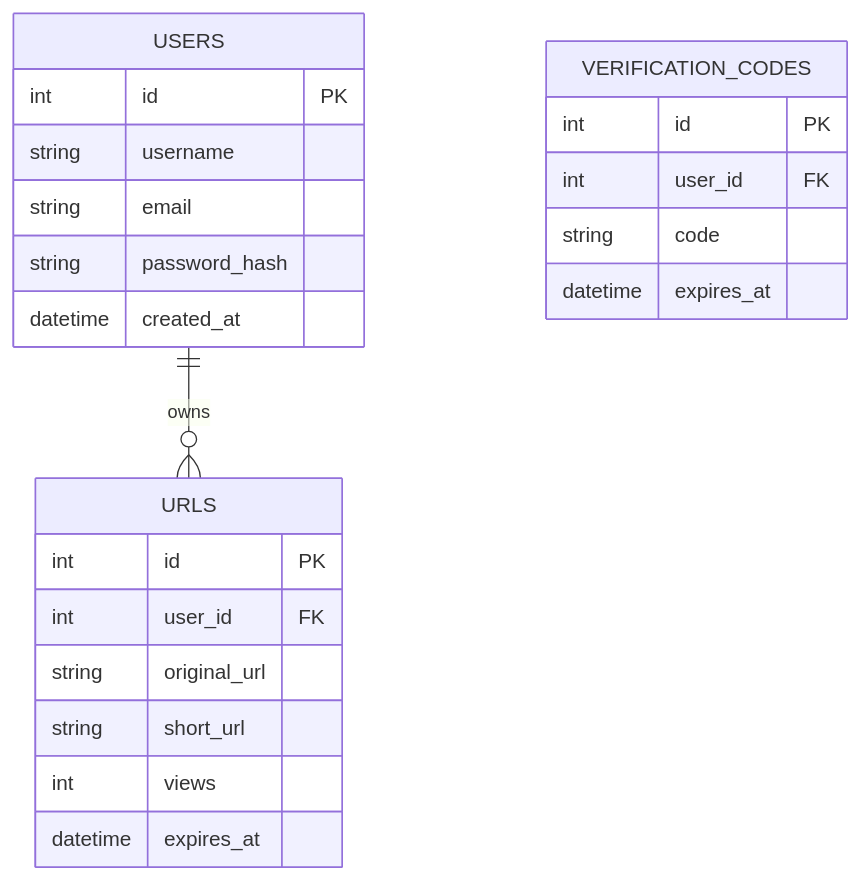
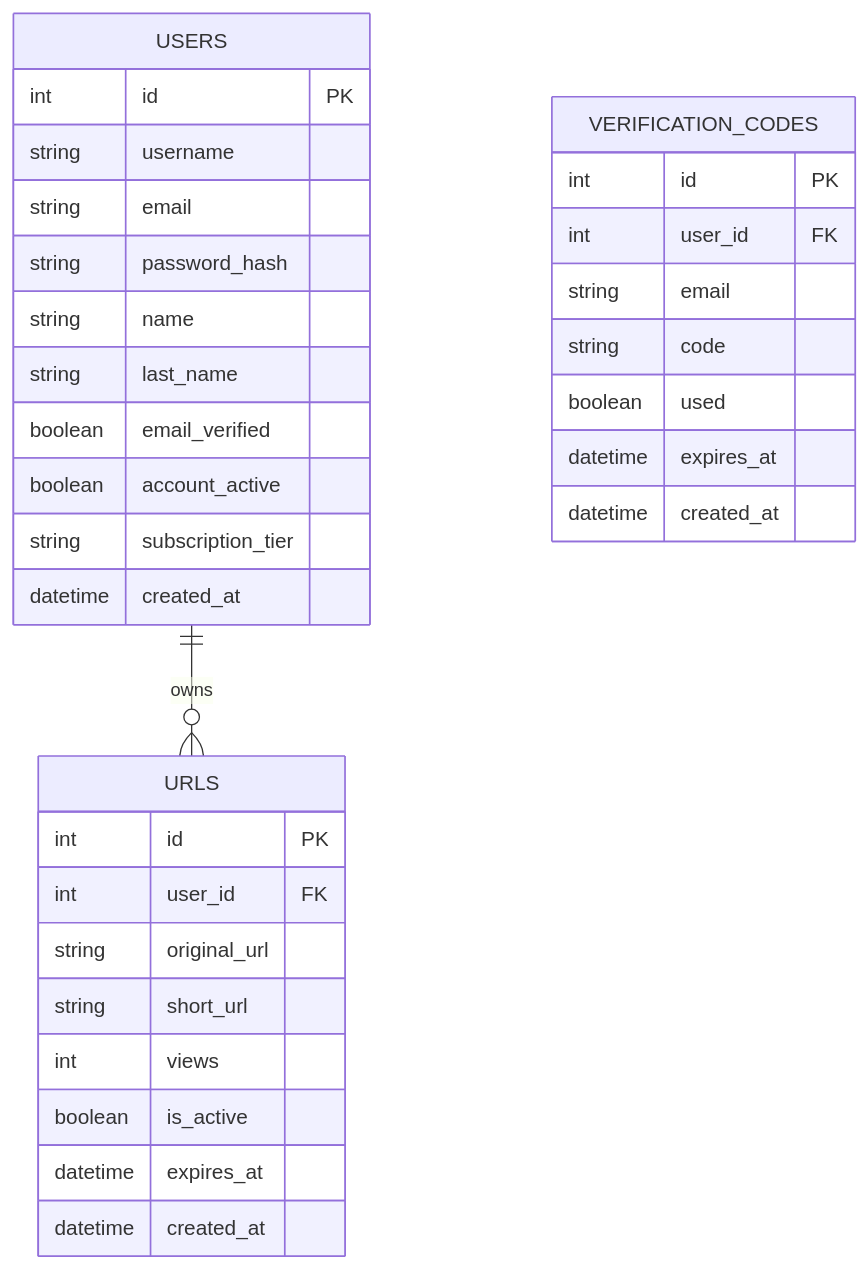
The diagram in docs/ARCHITECTURE.md (Joel-RD/erdl-backend), drawn with Mermaid before and after one commit. The commit also changed other lines of this file and 31 other files, not shown here.

````diff
--- a/docs/ARCHITECTURE.md
+++ b/docs/ARCHITECTURE.md
@@ -39,25 +45,35 @@
 ```mermaid
 erDiagram
     USERS ||--o{ URLS : "owns"
     USERS {
         int id PK
         string username
         string email
         string password_hash
+        string name
+        string last_name
+        boolean email_verified
+        boolean account_active
+        string subscription_tier
         datetime created_at
     }
     URLS {
         int id PK
         int user_id FK
         string original_url
         string short_url
         int views
+        boolean is_active
         datetime expires_at
+        datetime created_at
     }
     VERIFICATION_CODES {
         int id PK
         int user_id FK
+        string email
         string code
+        boolean used
         datetime expires_at
+        datetime created_at
     }
 ```
````
